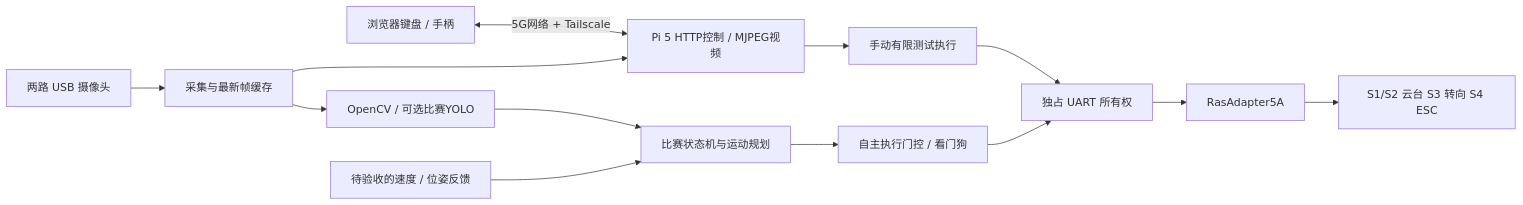
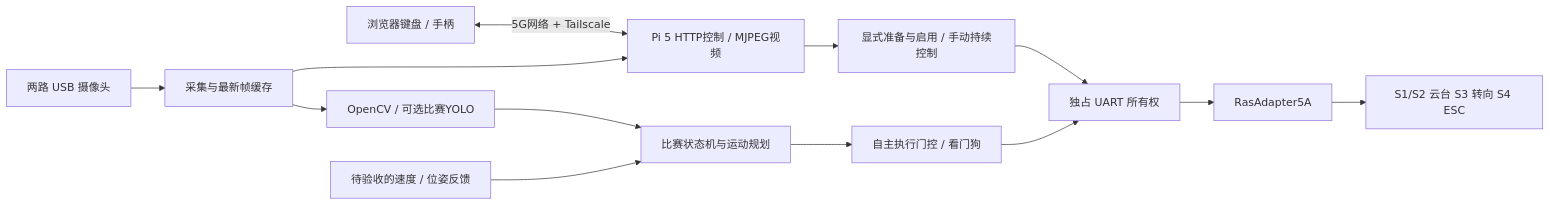
One commit to zxjzzbh/2026- changed the diagram in README.md. Above: the diagram before and after it, drawn with Mermaid. The commit also changed other lines of this file and 44 other files, not shown here.

````diff
--- a/README.md
+++ b/README.md
@@ -14,15 +17,15 @@
 ```mermaid
 flowchart LR
     Remote[浏览器键盘 / 手柄] <-->|5G网络 + Tailscale| Web[Pi 5 HTTP控制 / MJPEG视频]
     Cam[两路 USB 摄像头] --> Capture[采集与最新帧缓存]
     Capture --> Web
     Capture --> Perception[OpenCV / 可选比赛YOLO]
     Perception --> Decision[比赛状态机与运动规划]
     Feedback[待验收的速度 / 位姿反馈] --> Decision
-    Web --> Manual[手动有限测试执行]
+    Web --> Manual[显式准备与启用 / 手动持续控制]
     Manual --> UART[独占 UART 所有权]
     Decision --> Auto[自主执行门控 / 看门狗]
     Auto --> UART
     UART --> Board[RasAdapter5A]
     Board --> Output[S1/S2 云台 S3 转向 S4 ESC]
 ```
````
